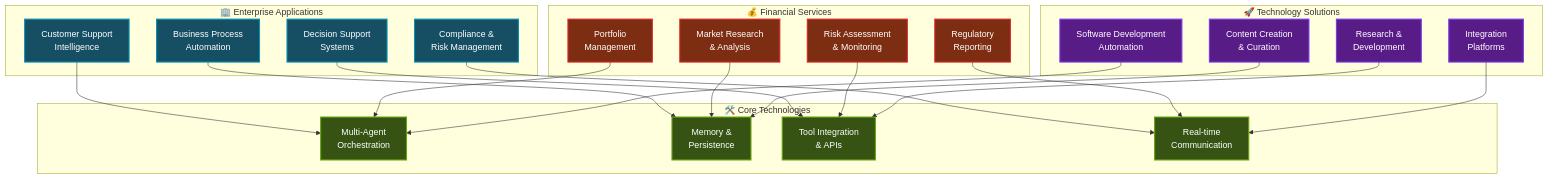
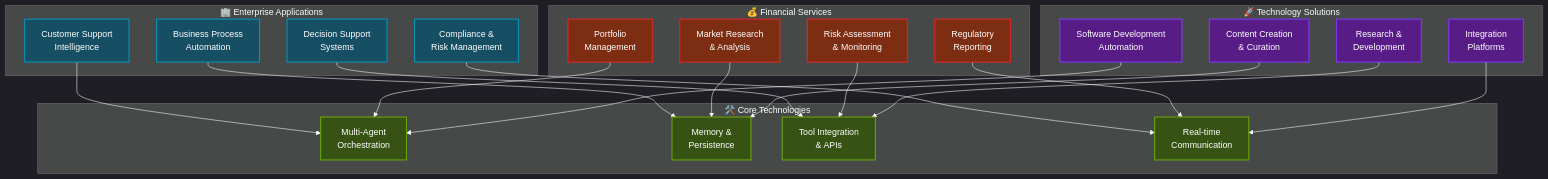
One commit to Jai-Keshav-Sharma/Agentic-AI-Frameworks changed the fourth of 5 diagrams in README.md. Above: the diagram before and after it, drawn with Mermaid. The commit also changed other lines of this file, not shown here.

````diff
--- a/README.md
+++ b/README.md
@@ -305,53 +273,54 @@
 ```mermaid
+%%{init: {'theme':'dark', 'themeVariables': {'primaryColor': '#ffffff', 'primaryTextColor': '#ffffff', 'primaryBorderColor': '#7C3AED', 'lineColor': '#ffffff', 'sectionBkColor': '#1a1a1a', 'altSectionBkColor': '#262626', 'gridColor': '#333333', 'secondaryColor': '#1a1a1a', 'tertiaryColor': '#333333'}}}%%
 graph TB
     subgraph "🏢 Enterprise Applications"
         A[Customer Support<br/>Intelligence]
         B[Business Process<br/>Automation]
         C[Decision Support<br/>Systems]
         D[Compliance &<br/>Risk Management]
     end
     
     subgraph "💰 Financial Services"
         E[Portfolio<br/>Management]
         F[Market Research<br/>& Analysis]
         G[Risk Assessment<br/>& Monitoring]
         H[Regulatory<br/>Reporting]
     end
     
     subgraph "🚀 Technology Solutions"
         I[Software Development<br/>Automation]
         J[Content Creation<br/>& Curation]
         K[Research &<br/>Development]
         L[Integration<br/>Platforms]
     end
     
     subgraph "🛠️ Core Technologies"
         M[Multi-Agent<br/>Orchestration]
         N[Memory &<br/>Persistence]
         O[Tool Integration<br/>& APIs]
         P[Real-time<br/>Communication]
     end
     
     A --> M
     B --> N
     C --> O
     D --> P
     E --> M
     F --> N
     G --> O
     H --> P
     I --> M
     J --> N
     K --> O
     L --> P
     
     classDef enterprise fill:#164e63,stroke:#0891b2,stroke-width:2px,color:#ffffff
     classDef financial fill:#7c2d12,stroke:#dc2626,stroke-width:2px,color:#ffffff
     classDef technology fill:#581c87,stroke:#7c3aed,stroke-width:2px,color:#ffffff
     classDef core fill:#365314,stroke:#65a30d,stroke-width:2px,color:#ffffff
     
     class A,B,C,D enterprise
     class E,F,G,H financial
     class I,J,K,L technology
     class M,N,O,P core
 ```
````
